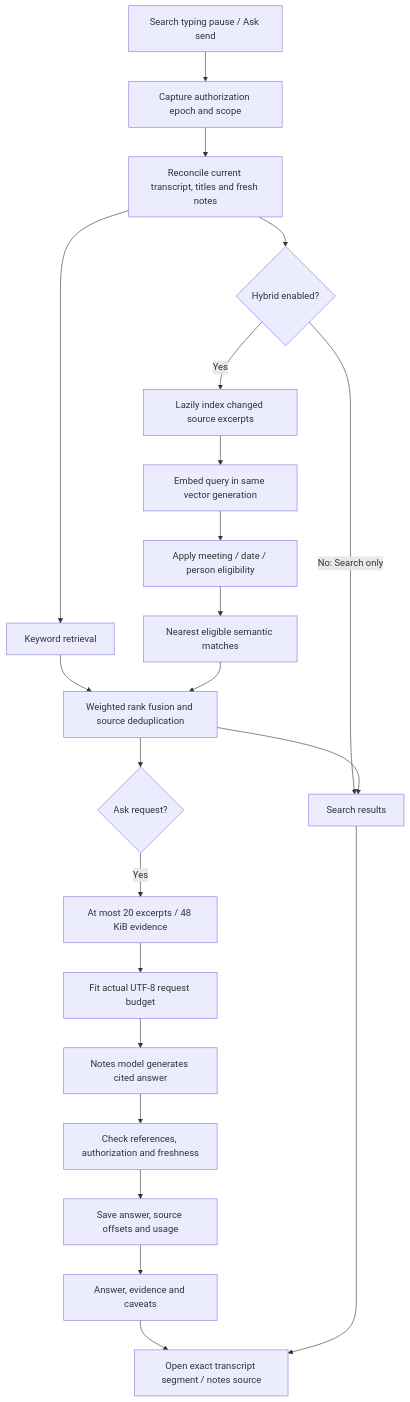
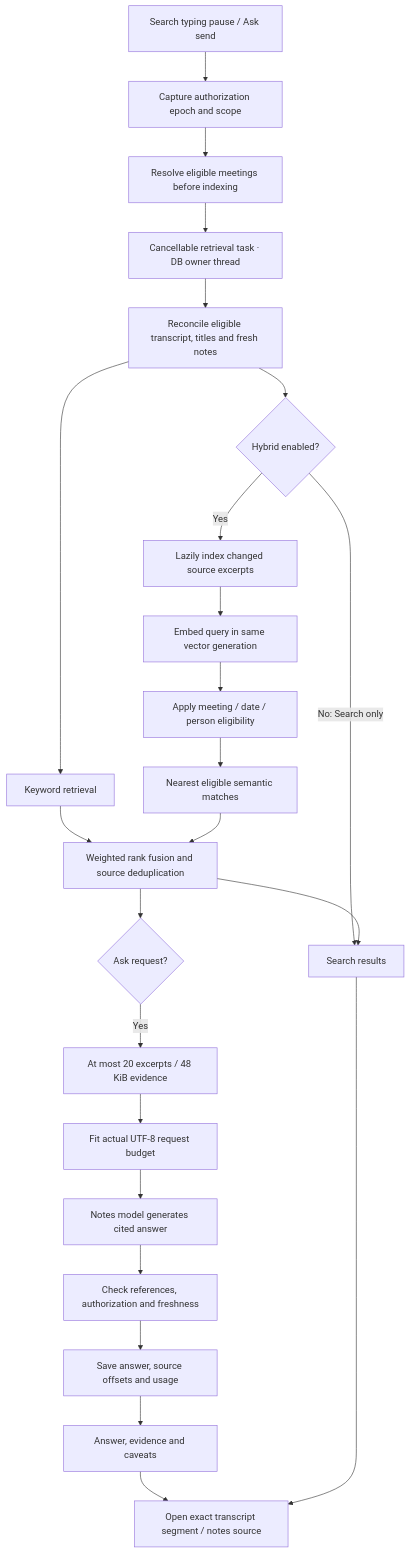
One commit to tienbob/ScribeLoop changed the seventh of 10 diagrams in ARCHITECTURE.md. Above: the diagram before and after it, drawn with Mermaid. The commit also changed other lines of this file and 18 other files, not shown here.

````diff
--- a/ARCHITECTURE.md
+++ b/ARCHITECTURE.md
@@ -286,24 +297,26 @@
 ```mermaid
 flowchart TD
   Q["Search typing pause / Ask send"] --> Guard["Capture authorization epoch and scope"]
-  Guard --> Sync["Reconcile current transcript, titles and fresh notes"]
+  Guard --> Scope["Resolve eligible meetings before indexing"]
+  Scope --> Job["Cancellable retrieval task · DB owner thread"]
+  Job --> Sync["Reconcile eligible transcript, titles and fresh notes"]
   Sync --> Lex["Keyword retrieval"]
   Sync --> Mode{"Hybrid enabled?"}
   Mode -->|"Yes"| Index["Lazily index changed source excerpts"]
   Index --> Embed["Embed query in same vector generation"]
   Embed --> Filter["Apply meeting / date / person eligibility"]
   Filter --> Semantic["Nearest eligible semantic matches"]
   Lex --> Fuse["Weighted rank fusion and source deduplication"]
   Semantic --> Fuse
   Mode -->|"No: Search only"| Results["Search results"]
   Fuse --> Results
   Fuse --> Ask{"Ask request?"}
   Ask -->|"Yes"| Packet["At most 20 excerpts / 48 KiB evidence"]
   Packet --> Fit["Fit actual UTF-8 request budget"]
   Fit --> Answer["Notes model generates cited answer"]
   Answer --> Validate["Check references, authorization and freshness"]
   Validate --> History["Save answer, source offsets and usage"]
   History --> Show["Answer, evidence and caveats"]
   Show --> Navigate["Open exact transcript segment / notes source"]
   Results --> Navigate
 ```
````
